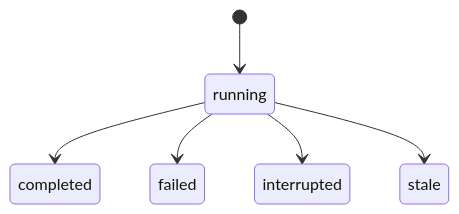
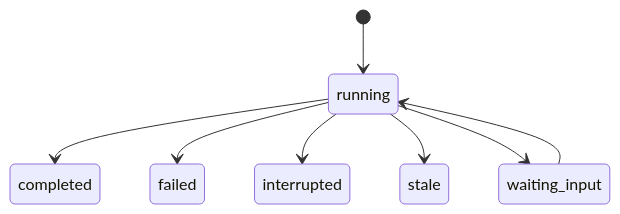
Before and after one commit to sjzsdu/tt: the eighth of 8 diagrams in ai-docs/formula-system.md, drawn with Mermaid. The commit also changed other lines of this file and 2 other files, not shown here.

Commit message:
docs(formula): document builtins and human input

````diff
--- a/ai-docs/formula-system.md
+++ b/ai-docs/formula-system.md
@@ -292,8 +401,10 @@
 ```mermaid
 stateDiagram-v2
     [*] --> running
     running --> completed
     running --> failed
     running --> interrupted
     running --> stale
+    running --> waiting_input
+    waiting_input --> running
 ```
````
